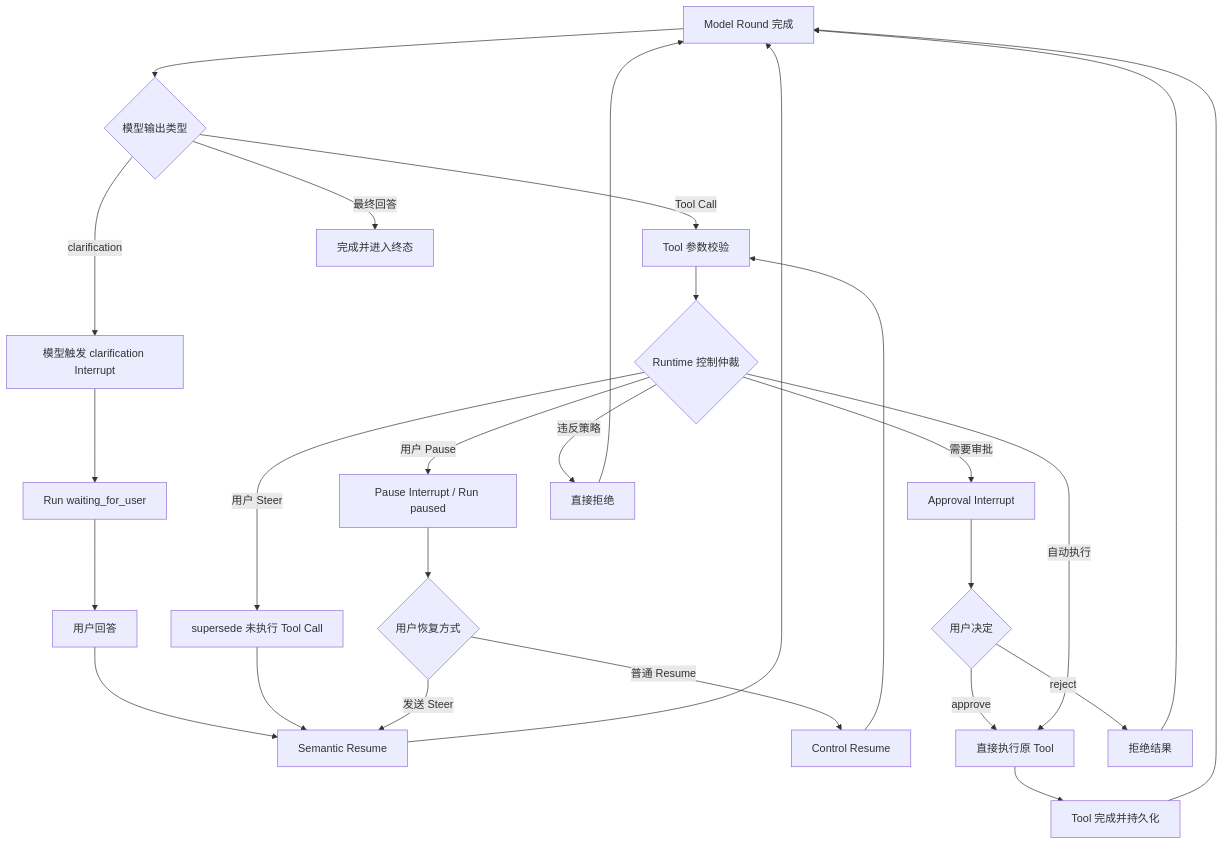
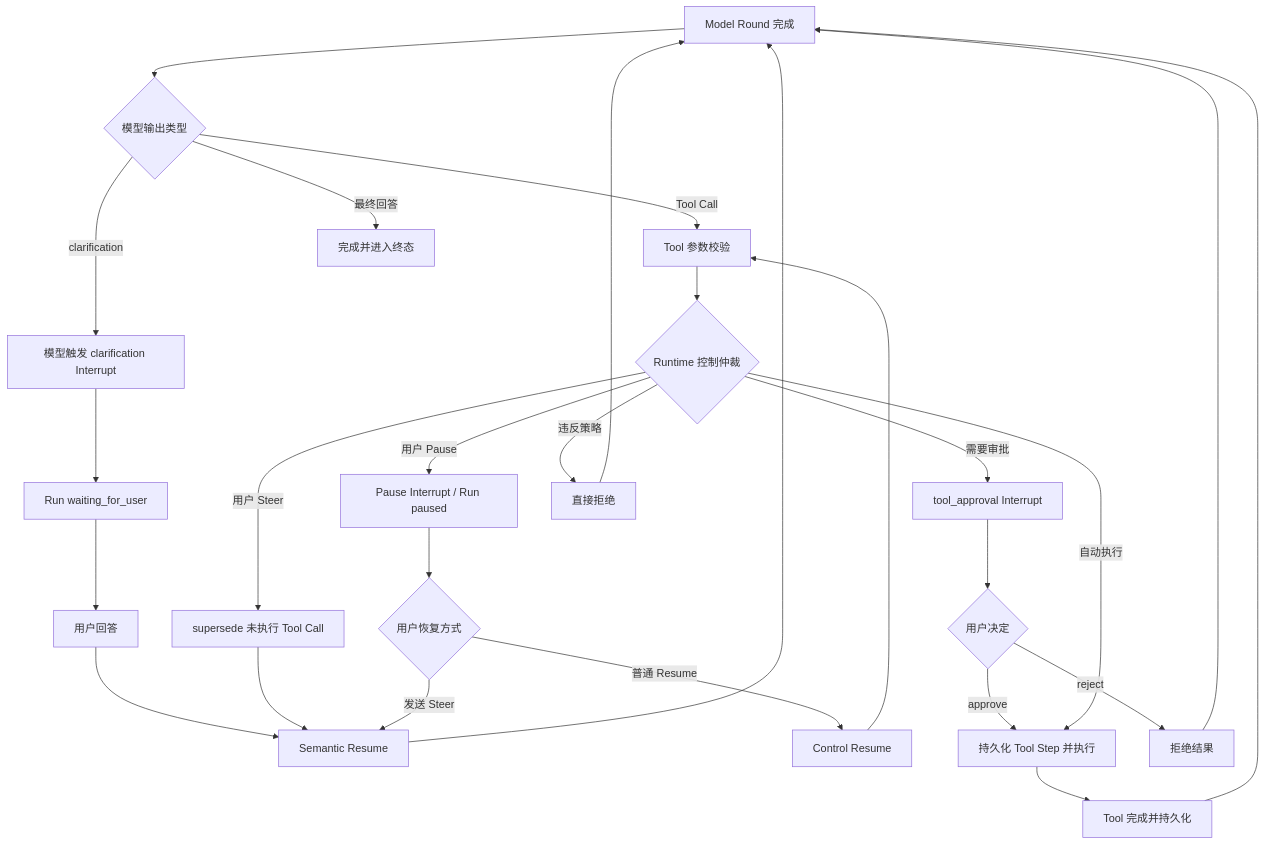
One commit to 583175694/hello-harness-agent changed the diagram in docs/28-interrupt-resume-control-plane.md. Above: the diagram before and after it, drawn with Mermaid. The commit also changed other lines of this file and 4 other files, not shown here.

````diff
--- a/docs/28-interrupt-resume-control-plane.md
+++ b/docs/28-interrupt-resume-control-plane.md
@@ -239,31 +396,31 @@
 ```mermaid
 flowchart TD
     A["Model Round 完成"] --> B{"模型输出类型"}
     B -->|"clarification"| C["模型触发 clarification Interrupt"]
     C --> D["Run waiting_for_user"]
     D --> E["用户回答"]
     E --> F["Semantic Resume"]
     F --> A
 
     B -->|"Tool Call"| G["Tool 参数校验"]
     G --> H{"Runtime 控制仲裁"}
     H -->|"用户 Steer"| I["supersede 未执行 Tool Call"]
     I --> F
     H -->|"用户 Pause"| J["Pause Interrupt / Run paused"]
     J --> K{"用户恢复方式"}
     K -->|"普通 Resume"| L["Control Resume"]
     L --> G
     K -->|"发送 Steer"| F
-    H -->|"需要审批"| M["Approval Interrupt"]
+    H -->|"需要审批"| M["tool_approval Interrupt"]
     M --> N{"用户决定"}
-    N -->|"approve"| O["直接执行原 Tool"]
+    N -->|"approve"| O["持久化 Tool Step 并执行"]
     N -->|"reject"| P["拒绝结果"]
     P --> A
     H -->|"自动执行"| O
     O --> Q["Tool 完成并持久化"]
     Q --> A
     H -->|"违反策略"| R["直接拒绝"]
     R --> A
 
     B -->|"最终回答"| S["完成并进入终态"]
 ```
````
